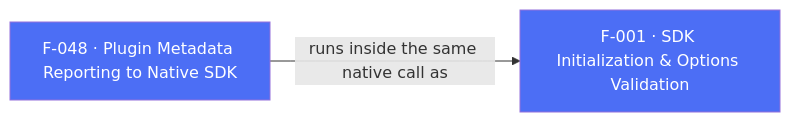
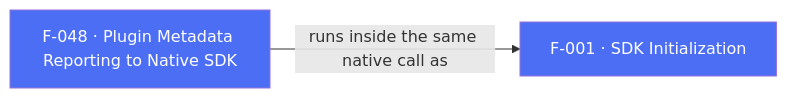
One commit to AppsFlyerSDK/appsflyer-flutter-plugin changed the diagram in internal-docs/features/F-048-plugin-metadata-reporting.md. Above: the diagram before and after it, drawn with Mermaid. The commit also changed other lines of this file and 101 other files, not shown here.

Commit message:
[DELIVERY-125863] Migrate Flutter plugin to AppsFlyer SDK 7 RPC architecture

````diff
--- a/internal-docs/features/F-048-plugin-metadata-reporting.md
+++ b/internal-docs/features/F-048-plugin-metadata-reporting.md
@@ -67,5 +81,5 @@
 ```mermaid
 flowchart LR
-    F048["F-048 · Plugin Metadata Reporting to Native SDK"]:::sdkCore -->|"runs inside the same native call as"| F001["F-001 · SDK Initialization & Options Validation"]:::sdkCore
+    F048["F-048 · Plugin Metadata Reporting to Native SDK"]:::sdkCore -->|"runs inside the same native call as"| F001["F-001 · SDK Initialization"]:::sdkCore
     classDef sdkCore fill:#4C6EF5,color:#fff
 ```
````
